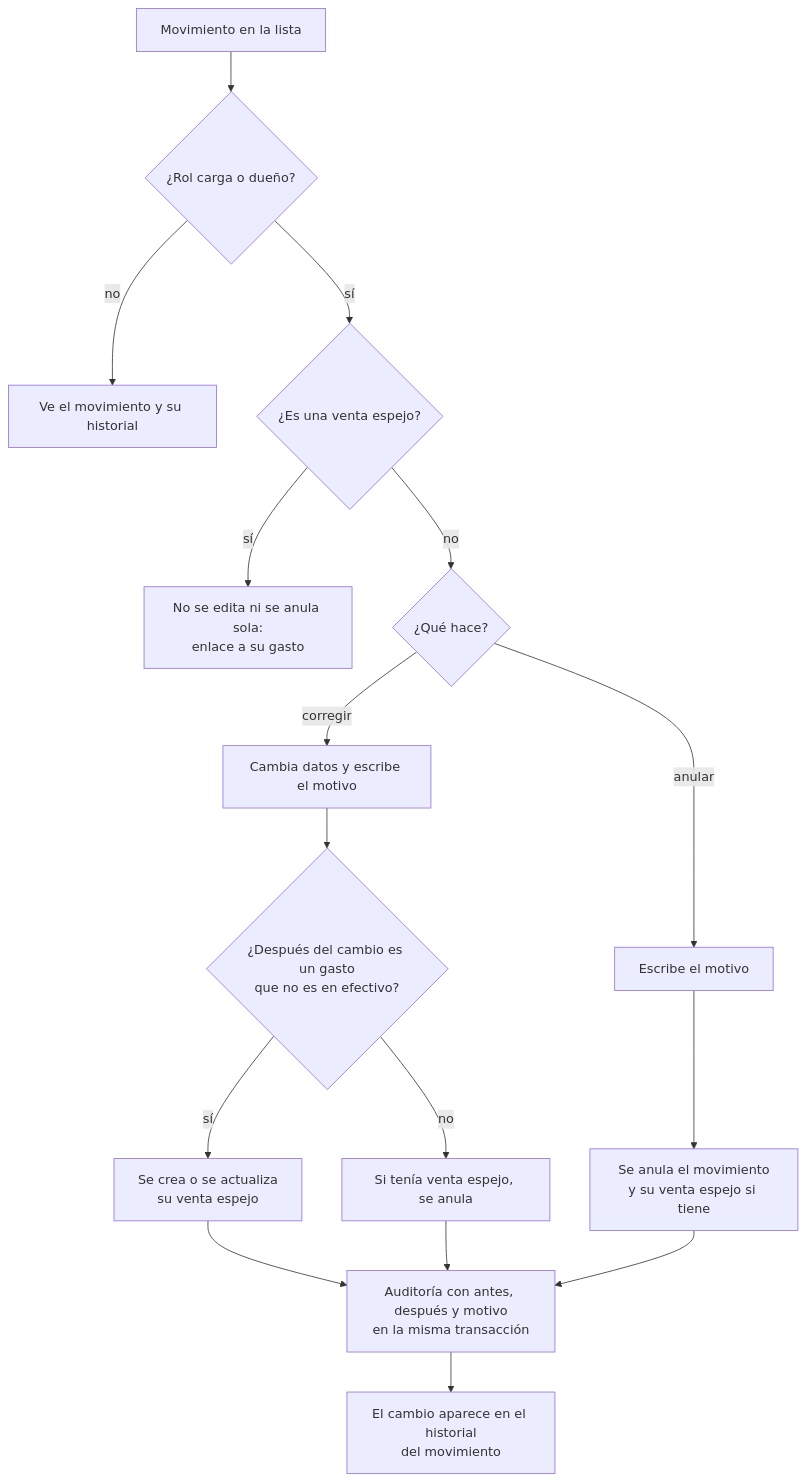
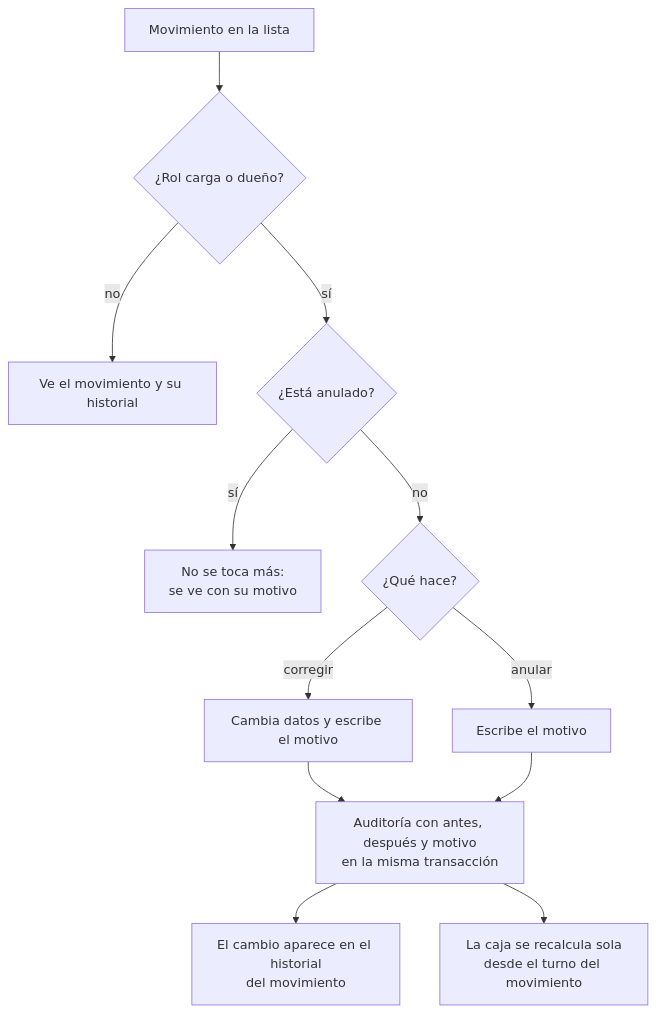
The third of 3 diagrams in docs/diagramas/06-flujos-funcionales.md (aleharo2003/floky-cuadernos), drawn with Mermaid before and after one commit. The commit also changed other lines of this file and 45 other files, not shown here.

````diff
--- a/docs/diagramas/06-flujos-funcionales.md
+++ b/docs/diagramas/06-flujos-funcionales.md
@@ -64,18 +64,14 @@
 ```mermaid
 flowchart TD
     A["Movimiento en la lista"] --> B{"¿Rol carga o dueño?"}
     B -->|"no"| C["Ve el movimiento y su historial"]
-    B -->|"sí"| D{"¿Es una venta espejo?"}
-    D -->|"sí"| E["No se edita ni se anula sola:<br/>enlace a su gasto"]
+    B -->|"sí"| D{"¿Está anulado?"}
+    D -->|"sí"| E["No se toca más:<br/>se ve con su motivo"]
     D -->|"no"| F{"¿Qué hace?"}
     F -->|"corregir"| G["Cambia datos y escribe el motivo"]
     F -->|"anular"| H["Escribe el motivo"]
-    G --> I{"¿Después del cambio es un gasto<br/>que no es en efectivo?"}
-    I -->|"sí"| J["Se crea o se actualiza<br/>su venta espejo"]
-    I -->|"no"| K["Si tenía venta espejo, se anula"]
-    H --> L["Se anula el movimiento<br/>y su venta espejo si tiene"]
-    J --> M["Auditoría con antes, después y motivo<br/>en la misma transacción"]
-    K --> M
-    L --> M
+    G --> M["Auditoría con antes, después y motivo<br/>en la misma transacción"]
+    H --> M
     M --> N["El cambio aparece en el historial<br/>del movimiento"]
+    M --> O["La caja se recalcula sola<br/>desde el turno del movimiento"]
 ```
````
